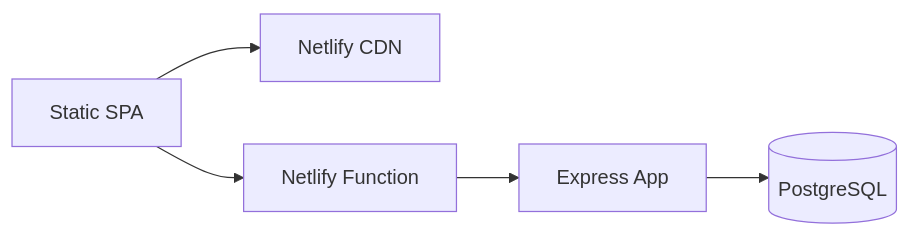
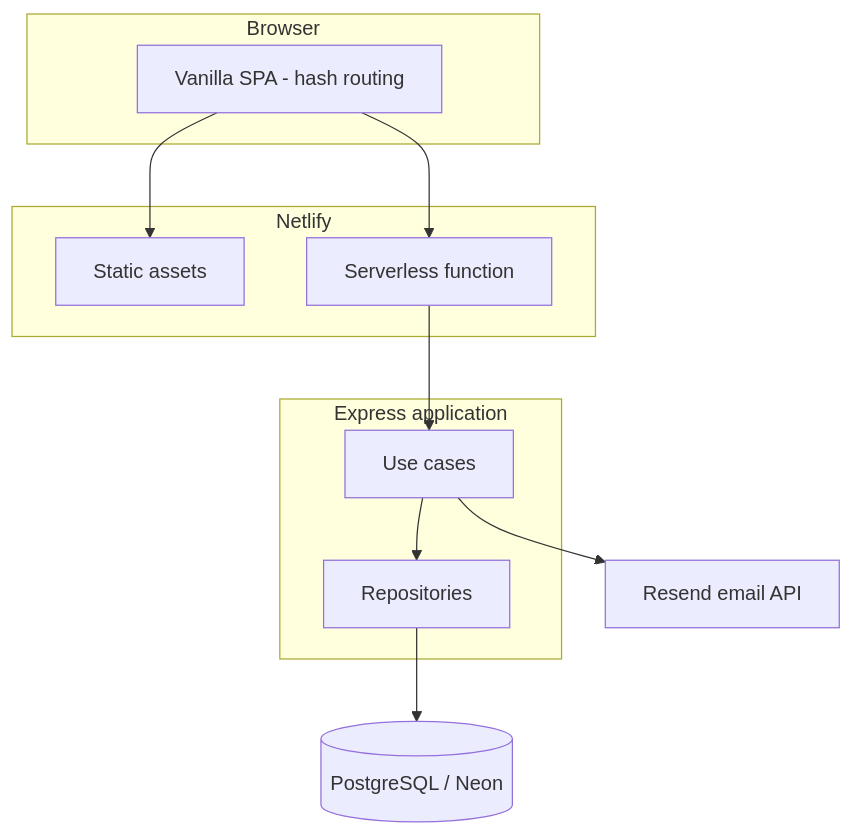
Before and after one commit to Elli2022/community-auth-platform: the diagram in README.md, drawn with Mermaid. The commit also changed other lines of this file and 1 other file, not shown here.

First line of the commit message:
Polish README and email logging for portfolio reviewers.

````diff
--- a/README.md
+++ b/README.md
@@ -46,7 +34,23 @@
 ```mermaid
-flowchart LR
-  SPA[Static SPA] --> Netlify[Netlify CDN]
-  SPA --> API[Netlify Function]
-  API --> Express[Express App]
-  Express --> DB[(PostgreSQL)]
+flowchart TB
+  subgraph client [Browser]
+    SPA[Vanilla SPA - hash routing]
+  end
+  subgraph edge [Netlify]
+    CDN[Static assets]
+    FN[Serverless function]
+  end
+  subgraph app [Express application]
+    UC[Use cases]
+    REPO[Repositories]
+  end
+  DB[(PostgreSQL / Neon)]
+  RESEND[Resend email API]
+
+  SPA --> CDN
+  SPA --> FN
+  FN --> UC
+  UC --> REPO
+  REPO --> DB
+  UC --> RESEND
 ```
````
